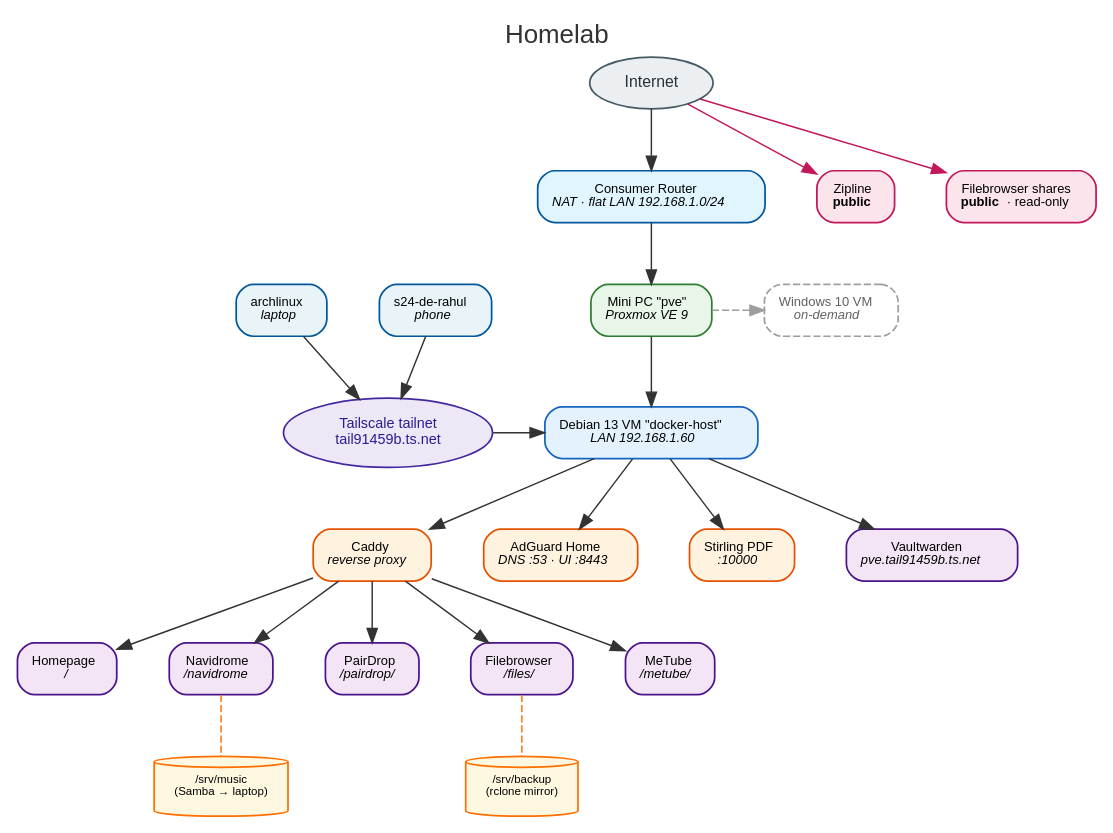
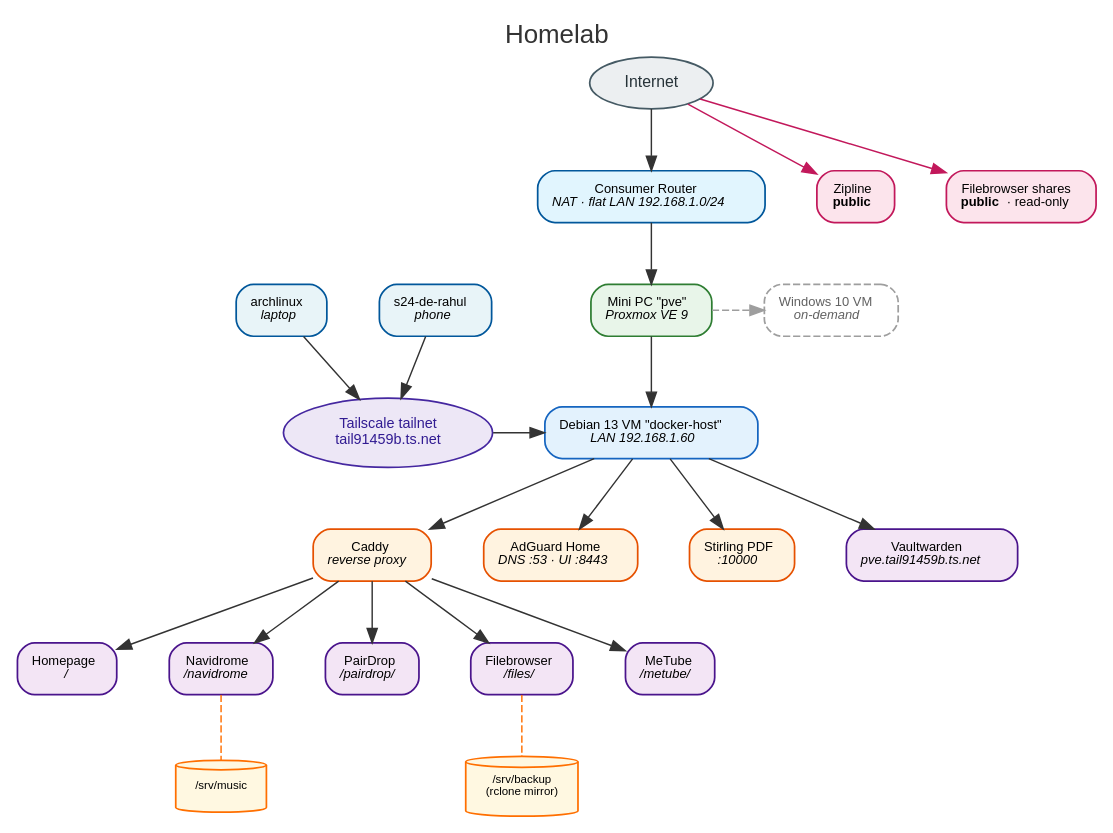
The diagram in docs/schemas/homelab.dot (RahulSandhu/homelab), drawn with Graphviz before and after one commit. The commit also changed 81 other files, not shown here.

```diff
--- a/docs/schemas/homelab.dot
+++ b/docs/schemas/homelab.dot
@@ -1,77 +1,77 @@
 digraph homelab {
     rankdir=TB;
     center=true;
     splines=polyline;
     nodesep=0.5;
     ranksep=0.6;
     bgcolor="white";
     labelloc="t";
     label="Homelab";
     graph [fontname="Helvetica", fontsize=18, fontcolor="#333333", color="#333333"];
     node  [fontname="Helvetica", fontsize=9, shape=box, style="rounded,filled",
            fillcolor="#e8f4f8", color="#01579b", penwidth=1.2, margin="0.14,0.09"];
     edge  [fontname="Helvetica", fontsize=8, color="#333333", penwidth=1.0];
 
     // ---------- nodes ----------
     wan    [label="Internet", shape=ellipse, style="filled", fillcolor="#eceff1", color="#455a64", fontsize=11, fontcolor="#263238", group=spine];
     router [label=<Consumer Router<br/><i>NAT &#183; flat LAN 192.168.1.0/24</i>>, fillcolor="#e1f5fe", color="#01579b", group=spine];
     pve    [label=<Mini PC "pve"<br/><i>Proxmox VE 9</i>>, fillcolor="#e8f5e9", color="#2e7d32", group=spine];
     vm     [label=<Debian 13 VM "docker-host"<br/><i>LAN 192.168.1.60</i>>, fillcolor="#e3f2fd", color="#1565c0", group=spine];
     win    [label=<Windows 10 VM<br/><i>on-demand</i>>, style="rounded,dashed", fillcolor="#f5f5f5", color="#9e9e9e", fontcolor="#616161"];
 
     tailnet [label="Tailscale tailnet\ntail91459b.ts.net", shape=ellipse, style="filled", fillcolor="#ede7f6", color="#4527a0", fontcolor="#311b92", fontsize=10];
     laptop  [label=<archlinux<br/><i>laptop</i>>];
     phone   [label=<s24-de-rahul<br/><i>phone</i>>];
 
     caddy [label=<Caddy<br/><i>reverse proxy</i>>, fillcolor="#fff3e0", color="#e65100"];
     adg   [label=<AdGuard Home<br/><i>DNS :53 &#183; UI :8443</i>>, fillcolor="#fff3e0", color="#e65100"];
     spdf  [label=<Stirling PDF<br/><i>:10000</i>>, fillcolor="#fff3e0", color="#e65100"];
     vw    [label=<Vaultwarden<br/><i>pve.tail91459b.ts.net</i>>, fillcolor="#f3e5f5", color="#4a148c"];
 
     hp [label=<Homepage<br/><i>/</i>>, fillcolor="#f3e5f5", color="#4a148c"];
     nd [label=<Navidrome<br/><i>/navidrome</i>>, fillcolor="#f3e5f5", color="#4a148c"];
     pd [label=<PairDrop<br/><i>/pairdrop/</i>>, fillcolor="#f3e5f5", color="#4a148c"];
     fb [label=<Filebrowser<br/><i>/files/</i>>, fillcolor="#f3e5f5", color="#4a148c"];
     mt [label=<MeTube<br/><i>/metube/</i>>, fillcolor="#f3e5f5", color="#4a148c"];
 
     zp  [label=<Zipline<br/><b>public</b>>, fillcolor="#fce4ec", color="#c2185b"];
     fbp [label=<Filebrowser shares<br/><b>public</b> &#183; read-only>, fillcolor="#fce4ec", color="#c2185b"];
 
-    music  [label="/srv/music\n(Samba &#8594; laptop)", shape=cylinder, fillcolor="#fff8e1", color="#ff6f00", fontsize=8];
+    music  [label="/srv/music", shape=cylinder, fillcolor="#fff8e1", color="#ff6f00", fontsize=8];
     backup [label="/srv/backup\n(rclone mirror)", shape=cylinder, fillcolor="#fff8e1", color="#ff6f00", fontsize=8];
 
     // ---------- ranks (top to bottom) ----------
     { rank=same; router; zp; fbp; }
     { rank=same; pve; win; laptop; phone; }
     { rank=same; vm; tailnet; }
     { rank=same; caddy; adg; spdf; vw; }
     { rank=same; hp; nd; pd; fb; mt; }
     { rank=same; music; backup; }
 
     // ---------- edges ----------
     wan -> router;
     router -> pve;
     pve -> vm;
     pve -> win [style=dashed, color="#9e9e9e"];
 
     laptop -> tailnet;
     phone  -> tailnet;
     tailnet -> vm;
 
     vm -> caddy;
     vm -> adg;
     vm -> spdf;
     vm -> vw;
 
     caddy -> hp;
     caddy -> nd;
     caddy -> pd;
     caddy -> fb;
     caddy -> mt;
 
     nd -> music  [style=dashed, arrowhead=none, color="#ff6f00"];
     fb -> backup [style=dashed, arrowhead=none, color="#ff6f00"];
 
     wan -> zp  [color="#c2185b", style=bold];
     wan -> fbp [color="#c2185b", style=bold];
 }
```
